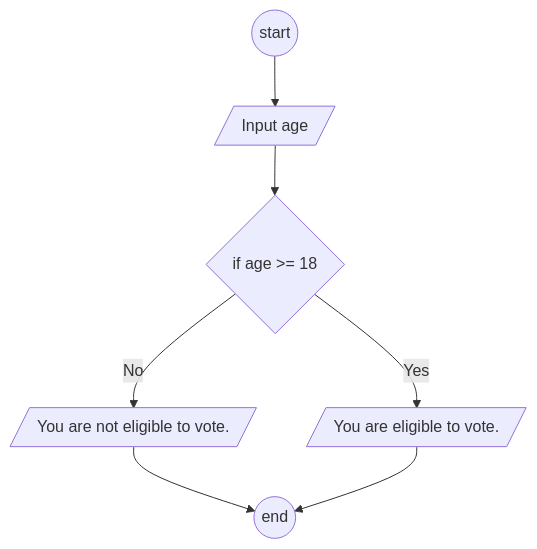
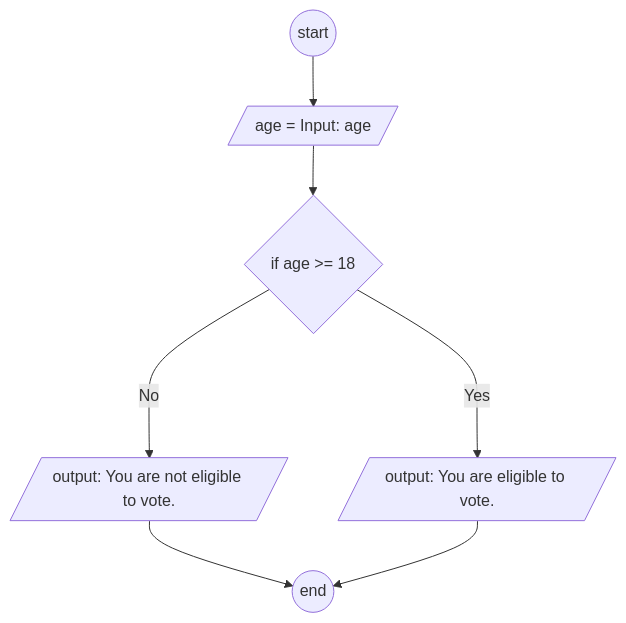
Before and after one commit to ihabau/Lexicon-lesson3-flowcharts: the first of 2 diagrams in Exercise1.md, drawn with Mermaid. The commit also changed other lines of this file and 3 other files, not shown here.

````diff
--- a/Exercise1.md
+++ b/Exercise1.md
@@ -22,9 +22,9 @@
 ```mermaid
-graph TD
-A((start)) --> B[/Input age/]
-B --> C{if age >= 18}
-C -- Yes --> D[/You are eligible to vote./]
-C -- No --> E[/You are not eligible to vote./]
-E --> F((end))
-D --> F((end))
+  graph TD
+  A((start)) --> B[/age = Input: age/]
+  B --> C{if age >= 18}
+  C -- Yes --> D[/output: You are eligible to vote./]
+  C -- No ---> E[/output: You are not eligible to vote./]
+  E --> F((end))
+  D --> F((end))
 ```
````
